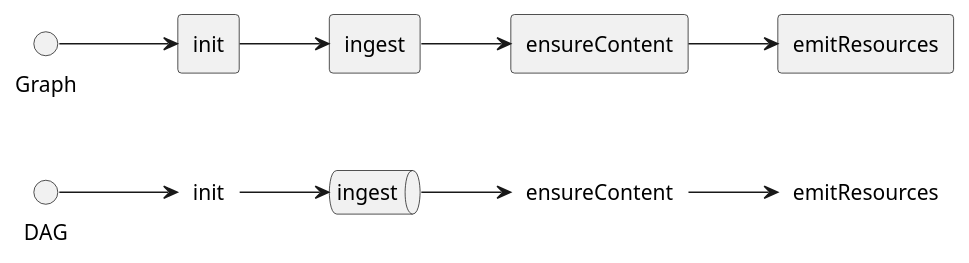
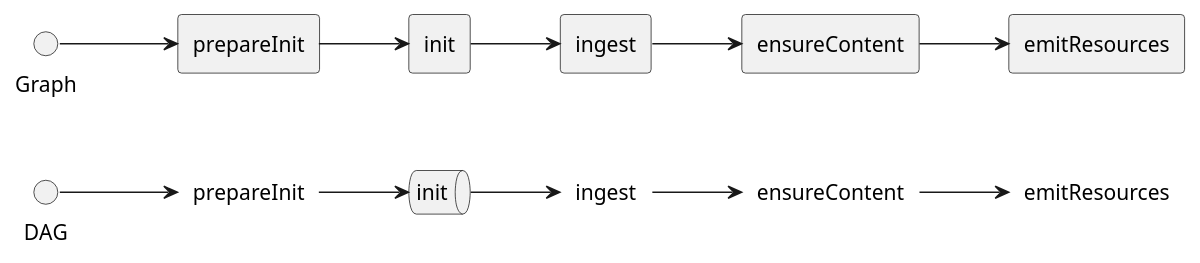
Before and after one commit to qe-collaborative-services/1115-hub: the diagram in support/assurance/ahc-hrsn-elt/screening/results-test-e2e/dag.puml, drawn with PlantUML. The commit also changed 9 other files, not shown here.

```diff
--- a/support/assurance/ahc-hrsn-elt/screening/results-test-e2e/dag.puml
+++ b/support/assurance/ahc-hrsn-elt/screening/results-test-e2e/dag.puml
@@ -1,19 +1,23 @@
 @startuml
 left to right direction
-label daginit as "init"
-queue dagingest as "ingest"
+label dagprepareInit as "prepareInit"
+queue daginit as "init"
+label dagingest as "ingest"
 label dagensureContent as "ensureContent"
 label dagemitResources as "emitResources"
+rectangle gprepareInit as "prepareInit"
 rectangle ginit as "init"
 rectangle gingest as "ingest"
 rectangle gensureContent as "ensureContent"
 rectangle gemitResources as "emitResources"
-DAG --> daginit
+DAG --> dagprepareInit
+dagprepareInit --> daginit
 daginit --> dagingest
 dagingest --> dagensureContent
 dagensureContent --> dagemitResources
-Graph --> ginit
+Graph --> gprepareInit
+gprepareInit --> ginit
 ginit --> gingest
 gingest --> gensureContent
 gensureContent --> gemitResources
 @enduml
```
